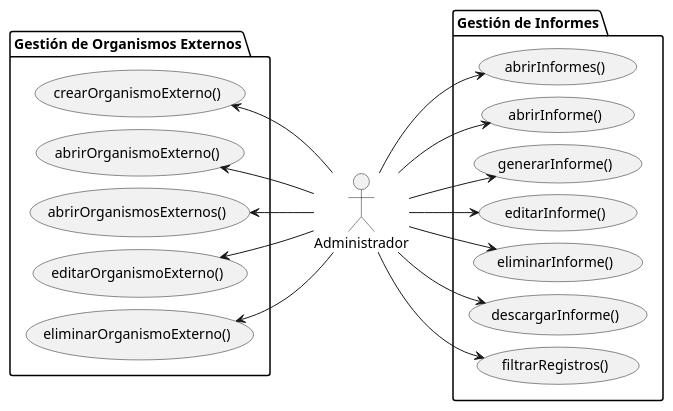
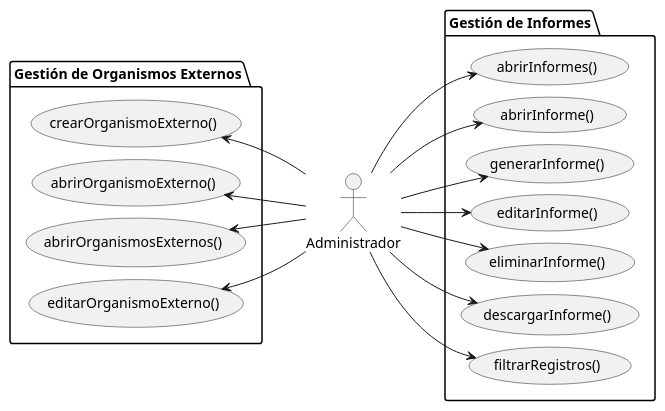
The diagram in modelosUML/01-actores-casos-uso/dimension-filtrado-informe/actores-casos-uso.puml (Angelo2272/26-27-IdSw1-SDR), drawn with PlantUML before and after one commit. The commit also changed 1 other file, not shown here.

Commit message:
Refactor use case diagram: remove 'eliminarOrganismoExterno' use case and update SVG representation
- Removed 'eliminarOrganismoExterno()' from the "Gestión de Organismos Externos" package in the UML diagram.
- Updated the corresponding SVG file to reflect the changes in the use case diagram dimensions and layout.

```diff
--- a/modelosUML/01-actores-casos-uso/dimension-filtrado-informe/actores-casos-uso.puml
+++ b/modelosUML/01-actores-casos-uso/dimension-filtrado-informe/actores-casos-uso.puml
@@ -1,41 +1,39 @@
 @startuml
 
 left to right direction
 skinparam ranksep 60
 skinparam nodesep 12
 
 actor "Administrador" as admin
 
 package "Gestión de Organismos Externos" {
     usecase crearOrganismoExterno as "crearOrganismoExterno()"
     usecase abrirOrganismoExterno as "abrirOrganismoExterno()"
     usecase abrirOrganismosExternos as "abrirOrganismosExternos()"
     usecase editarOrganismoExterno as "editarOrganismoExterno()"
-    usecase eliminarOrganismoExterno as "eliminarOrganismoExterno()"
 }
 
 package "Gestión de Informes" {
     usecase abrirInformes as "abrirInformes()"
     usecase abrirInforme as "abrirInforme()"
     usecase generarInforme as "generarInforme()"
     usecase editarInforme as "editarInforme()"
     usecase eliminarInforme as "eliminarInforme()"
     usecase descargarInforme as "descargarInforme()"
     usecase filtrarRegistros as "filtrarRegistros()"
 }
 
 crearOrganismoExterno <-- admin
 abrirOrganismoExterno <-- admin
 abrirOrganismosExternos <-- admin
 editarOrganismoExterno <-- admin
-eliminarOrganismoExterno <-- admin
 
 admin --> abrirInformes
 admin --> abrirInforme
 admin --> generarInforme
 admin --> editarInforme
 admin --> eliminarInforme
 admin --> descargarInforme
 admin --> filtrarRegistros
 
 @enduml
```
